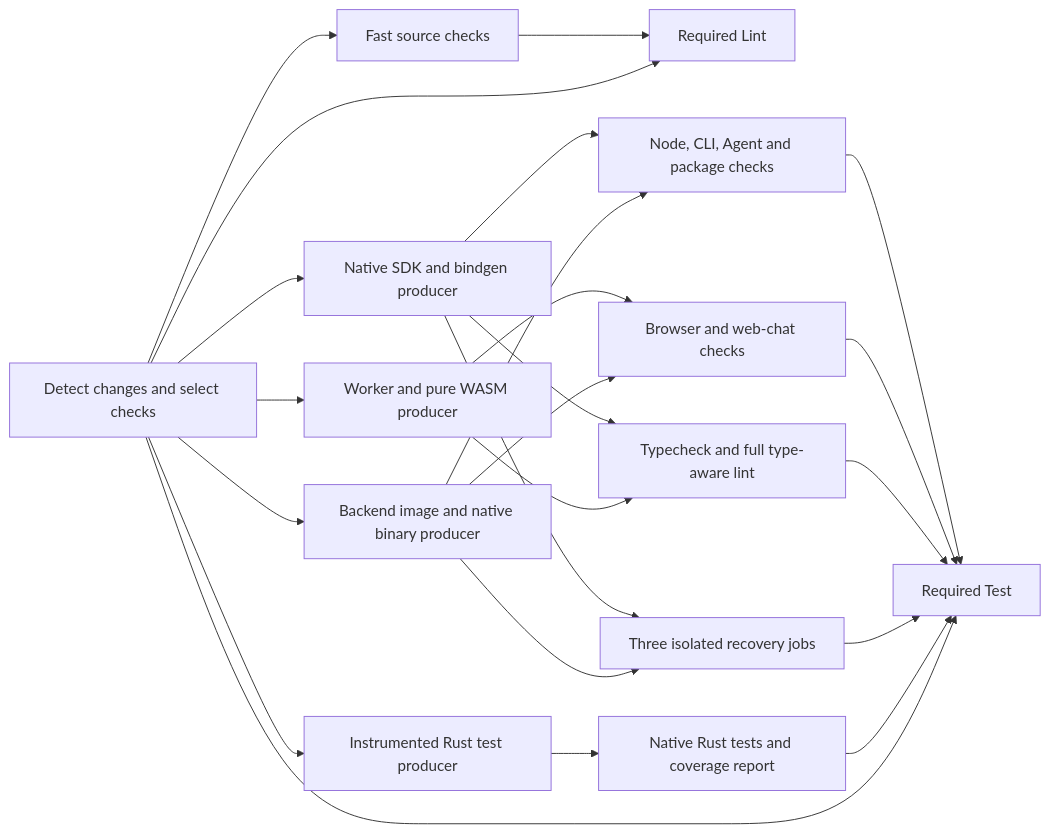
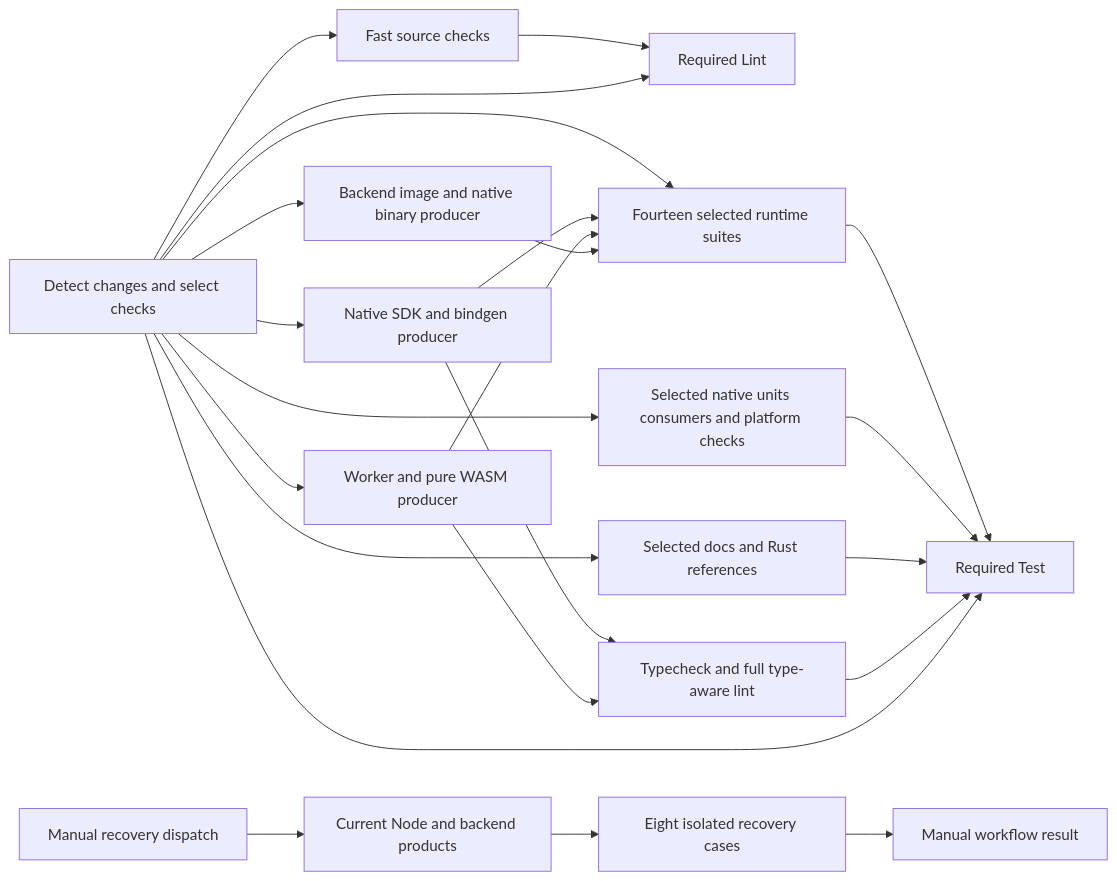
The diagram in docs/2026-10-06-ci-efficiency.md (xmtp/libxmtp), drawn with Mermaid before and after one commit. The commit also changed other lines of this file and 12 other files, not shown here.

````diff
--- a/docs/2026-10-06-ci-efficiency.md
+++ b/docs/2026-10-06-ci-efficiency.md
@@ -141,25 +148,25 @@
 ```mermaid
 flowchart LR
   D[Detect changes and select checks] --> L[Fast source checks]
   L --> LG[Required Lint]
   D --> N[Native SDK and bindgen producer]
   D --> W[Worker and pure WASM producer]
   D --> B[Backend image and native binary producer]
-  D --> R[Instrumented Rust test producer]
-  N --> J[Node, CLI, Agent and package checks]
-  W --> C[Browser and web-chat checks]
+  D --> M[Fourteen selected runtime suites]
+  N --> M
+  W --> M
+  B --> M
   N --> T[Typecheck and full type-aware lint]
   W --> T
-  N --> X[Three isolated recovery jobs]
-  B --> X
-  R --> U[Native Rust tests and coverage report]
-  B --> J
-  B --> C
-  J --> TG[Required Test]
-  C --> TG
+  D --> P[Selected native units consumers and platform checks]
+  D --> S[Selected docs and Rust references]
+  M --> TG[Required Test]
+  P --> TG
+  S --> TG
   T --> TG
-  X --> TG
-  U --> TG
   D --> TG
   D --> LG
+  A[Manual recovery dispatch] --> Q[Current Node and backend products]
+  Q --> X[Eight isolated recovery cases]
+  X --> XR[Manual workflow result]
 ```
````
